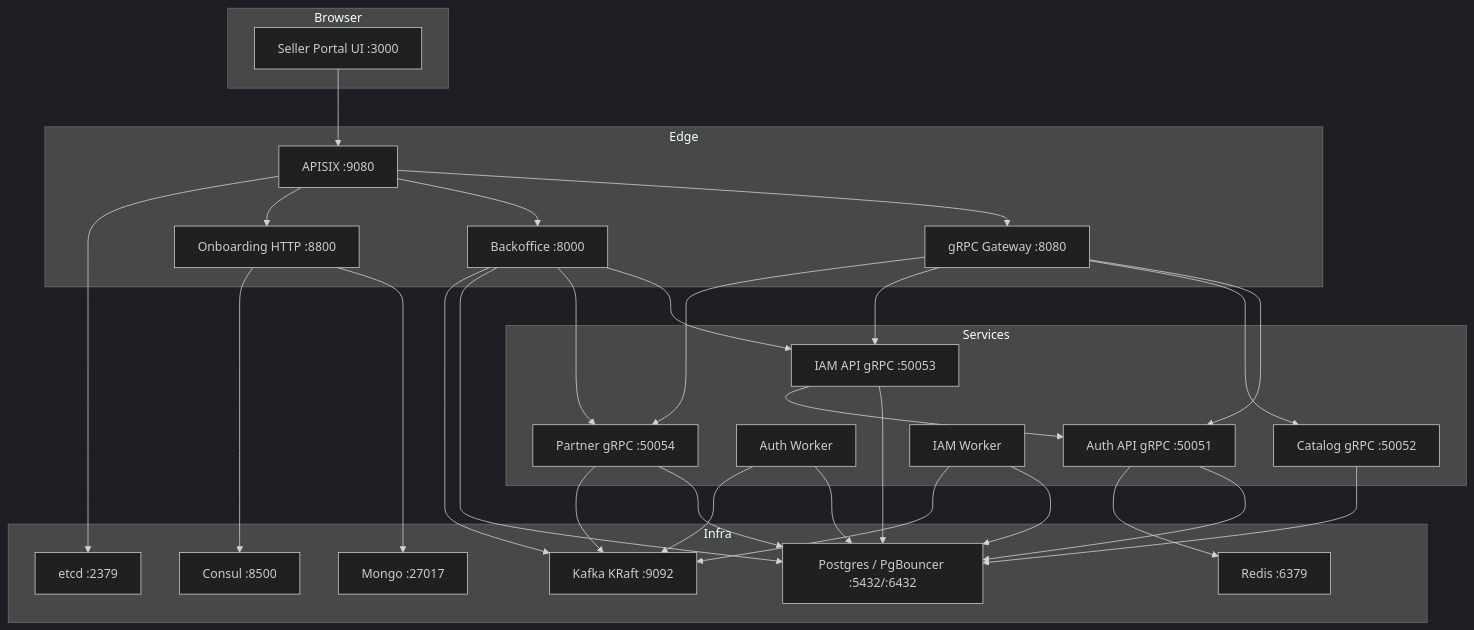
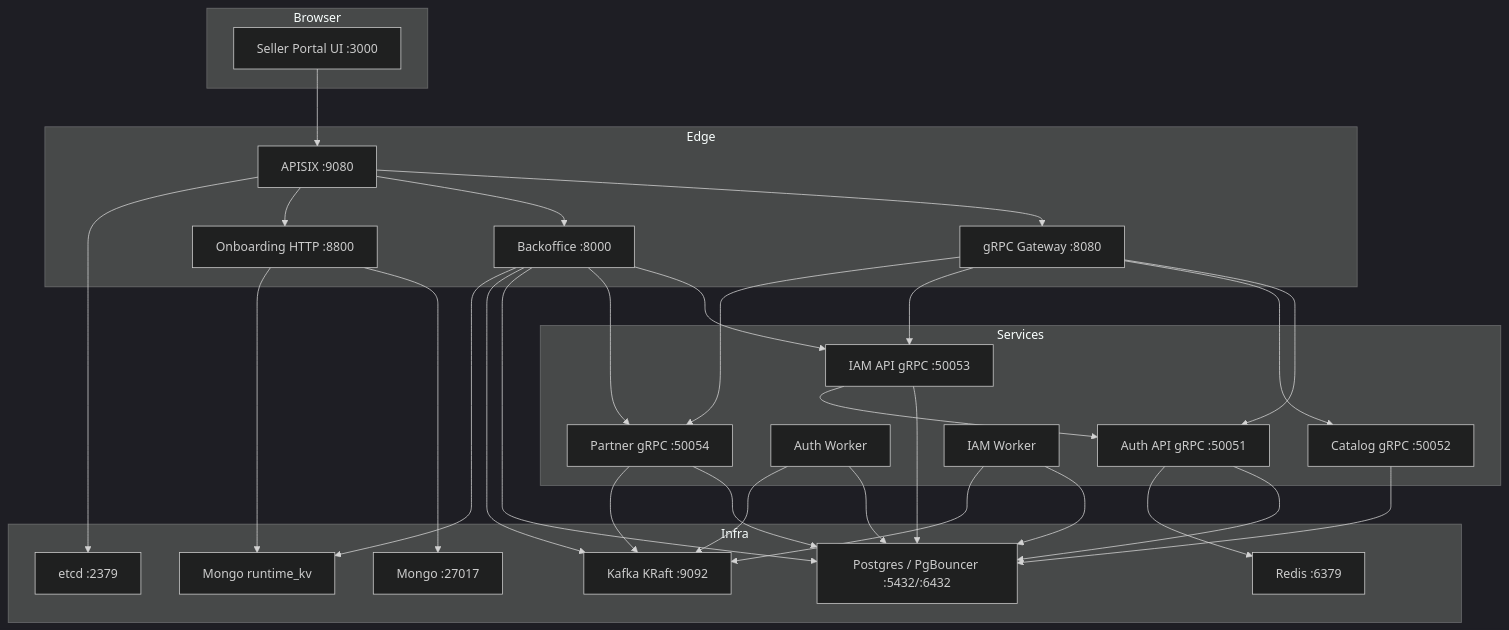
Before and after one commit to tuannm99/podzone: the first of 3 diagrams in docs/architecture/deployment.md, drawn with Mermaid (dark theme). The commit also changed other lines of this file and 72 other files, not shown here.

````diff
--- a/docs/architecture/deployment.md
+++ b/docs/architecture/deployment.md
@@ -5,62 +5,63 @@
 ```mermaid
 flowchart TB
     subgraph Browser
         UI["Seller Portal UI :3000"]
     end
 
     subgraph Edge
         APISIX["APISIX :9080"]
         GRPCGW["gRPC Gateway :8080"]
         BO["Backoffice :8000"]
         ONB["Onboarding HTTP :8800"]
     end
 
     subgraph Services
         AUTH["Auth API gRPC :50051"]
         AUTHW["Auth Worker"]
         CATALOG["Catalog gRPC :50052"]
         IAM["IAM API gRPC :50053"]
         IAMW["IAM Worker"]
         PARTNER["Partner gRPC :50054"]
     end
 
     subgraph Infra
         PG["Postgres / PgBouncer :5432/:6432"]
         REDIS["Redis :6379"]
         MONGO["Mongo :27017"]
-        CONSUL["Consul :8500"]
+        RUNTIME_KV["Mongo runtime_kv"]
         KAFKA["Kafka KRaft :9092"]
         ETCD["etcd :2379"]
     end
 
     UI --> APISIX
     APISIX --> GRPCGW
     APISIX --> BO
     APISIX --> ONB
 
     GRPCGW --> AUTH
     GRPCGW --> CATALOG
     GRPCGW --> IAM
     GRPCGW --> PARTNER
 
     BO --> IAM
     BO --> PARTNER
     BO --> PG
     BO --> KAFKA
 
     AUTH --> PG
     AUTH --> REDIS
     AUTHW --> PG
     AUTHW --> KAFKA
     IAM --> PG
     IAM --> AUTH
     IAMW --> PG
     IAMW --> KAFKA
     CATALOG --> PG
     PARTNER --> PG
     PARTNER --> KAFKA
     ONB --> MONGO
-    ONB --> CONSUL
+    ONB --> RUNTIME_KV
+    BO --> RUNTIME_KV
 
     APISIX --> ETCD
 ```
````
